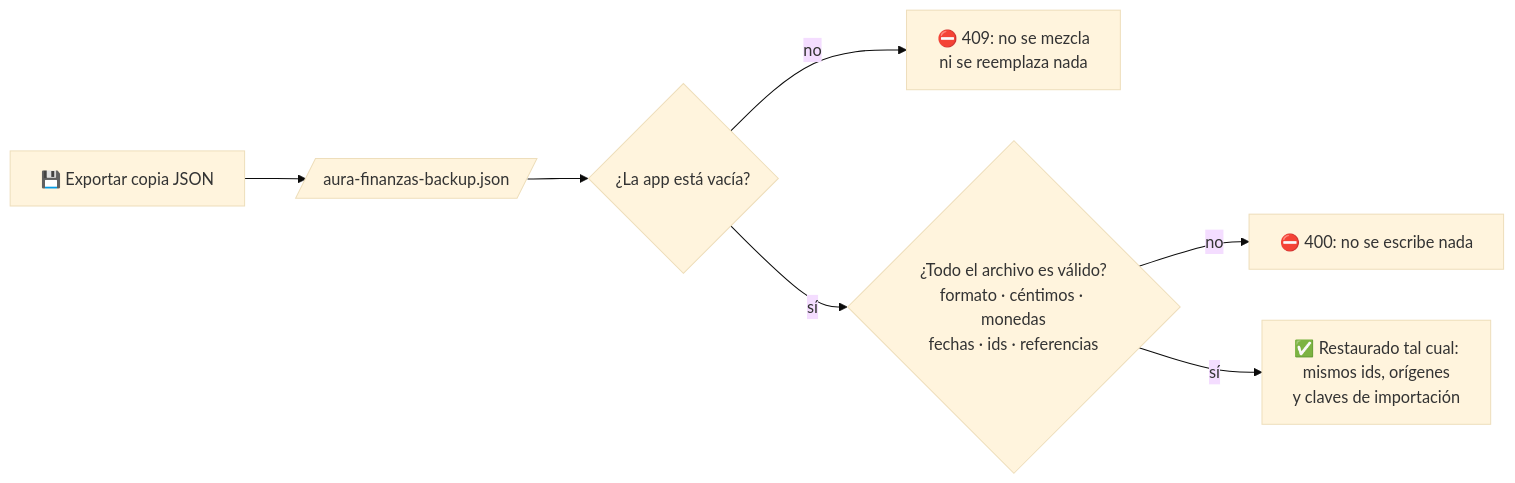
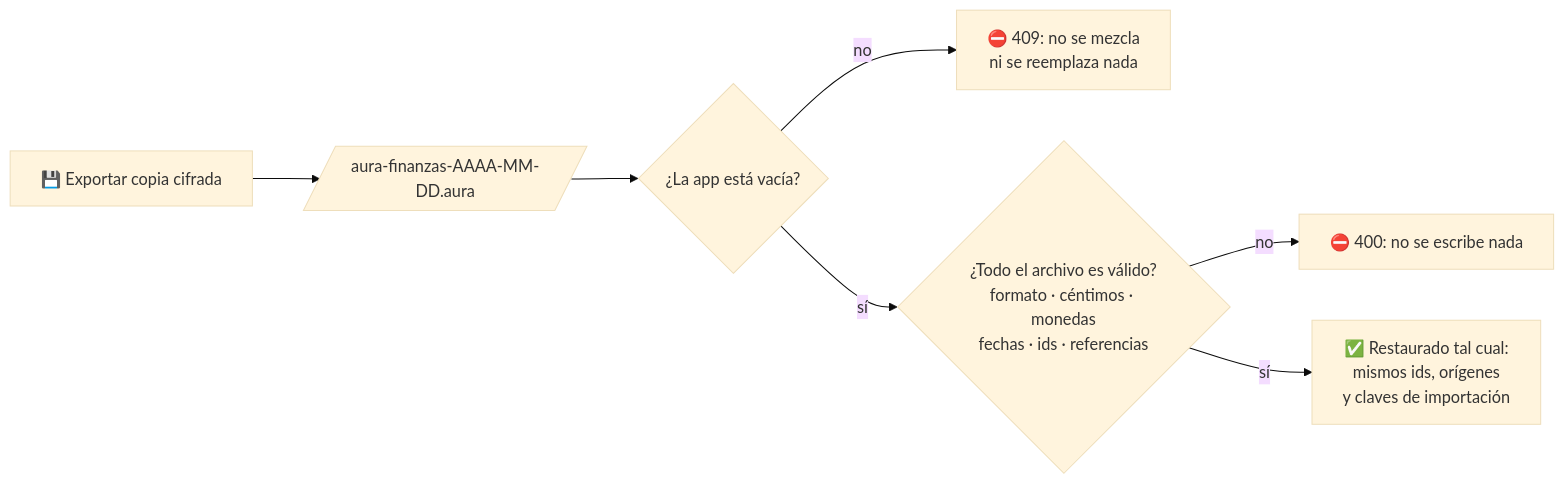
The third of 4 diagrams in README.md (dajarony/finanzas), drawn with Mermaid (base theme) before and after one commit. The commit also changed other lines of this file and 29 other files, not shown here.

````diff
--- a/README.md
+++ b/README.md
@@ -123,9 +122,9 @@
 ```mermaid
 flowchart LR
-    A["💾 Exportar copia JSON"] --> B[/"aura-finanzas-backup.json"/]
+    A["💾 Exportar copia cifrada"] --> B[/"aura-finanzas-AAAA-MM-DD.aura"/]
     B --> C{"¿La app está vacía?"}
     C -- no --> X1["⛔ 409: no se mezcla<br/>ni se reemplaza nada"]
     C -- sí --> D{"¿Todo el archivo es válido?<br/>formato · céntimos · monedas<br/>fechas · ids · referencias"}
     D -- no --> X2["⛔ 400: no se escribe nada"]
     D -- sí --> E["✅ Restaurado tal cual:<br/>mismos ids, orígenes<br/>y claves de importación"]
 ```
````
